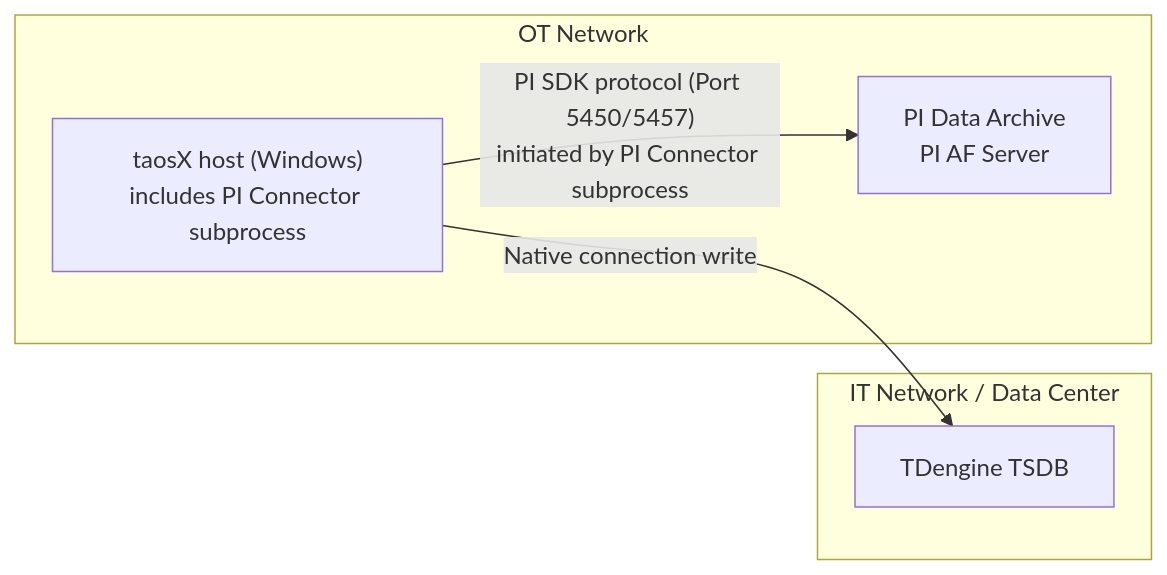
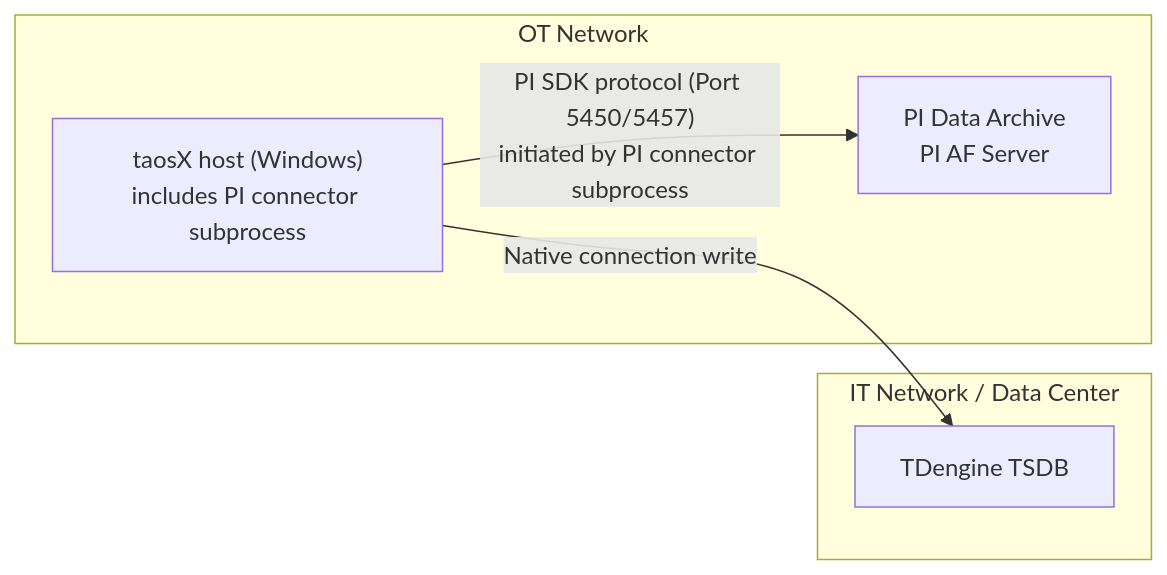
Before and after one commit to taosdata/TDengine: the first of 3 diagrams in docs/en/08-data-ingest-and-delivery/01-no-code-ingestion/04-pi/02-deployment-architecture.md, drawn with Mermaid. The commit also changed other lines of this file and 35 other files, not shown here.

````diff
--- a/docs/en/08-data-ingest-and-delivery/01-no-code-ingestion/04-pi/02-deployment-architecture.md
+++ b/docs/en/08-data-ingest-and-delivery/01-no-code-ingestion/04-pi/02-deployment-architecture.md
@@ -23,12 +23,12 @@
 ```mermaid
 graph LR
     subgraph OT["OT Network"]
         PI["PI Data Archive<br/>PI AF Server"]
-        TX["taosX host (Windows)<br/>includes PI Connector subprocess"]
+        TX["taosX host (Windows)<br/>includes PI connector subprocess"]
     end
     subgraph IT["IT Network / Data Center"]
         TD["TDengine TSDB"]
     end
-    TX -- "PI SDK protocol (Port 5450/5457)<br/>initiated by PI Connector subprocess" --> PI
+    TX -- "PI SDK protocol (Port 5450/5457)<br/>initiated by PI connector subprocess" --> PI
     TX -- "Native connection write" --> TD
 ```
````
